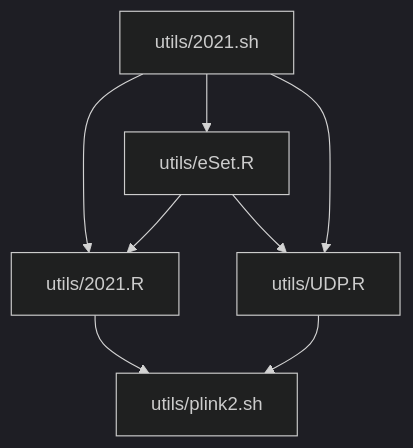
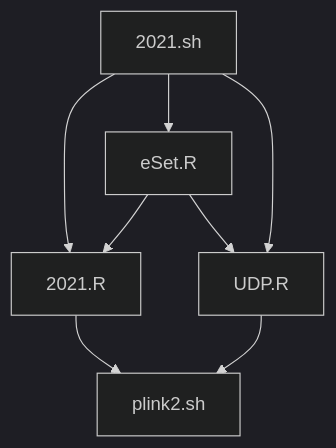
One commit to jinghuazhao/Caprion changed the second of 2 diagrams in docs/README.md. Above: the diagram before and after it, drawn with Mermaid (dark theme). The commit also changed other lines of this file, not shown here.

````diff
--- a/docs/README.md
+++ b/docs/README.md
@@ -51,11 +51,11 @@
 ```mermaid
 graph TB
-utils/2021.sh
-utils/2021.sh --> utils/eSet.R
-utils/2021.sh --> utils/2021.R
-utils/2021.R --> utils/plink2.sh
-utils/eSet.R --> utils/2021.R
-utils/eSet.R --> utils/UDP.R
-utils/2021.sh --> utils/UDP.R
-utils/UDP.R --> utils/plink2.sh
+2021.sh
+2021.sh --> eSet.R
+2021.sh --> 2021.R
+2021.R --> plink2.sh
+eSet.R --> 2021.R
+eSet.R --> UDP.R
+2021.sh --> UDP.R
+UDP.R --> plink2.sh
 ```
````
